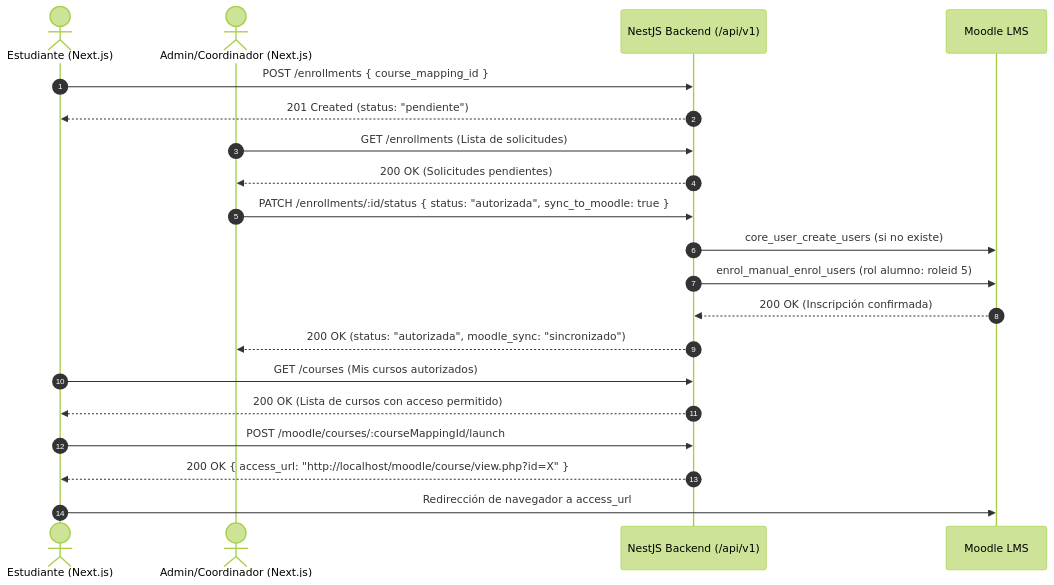
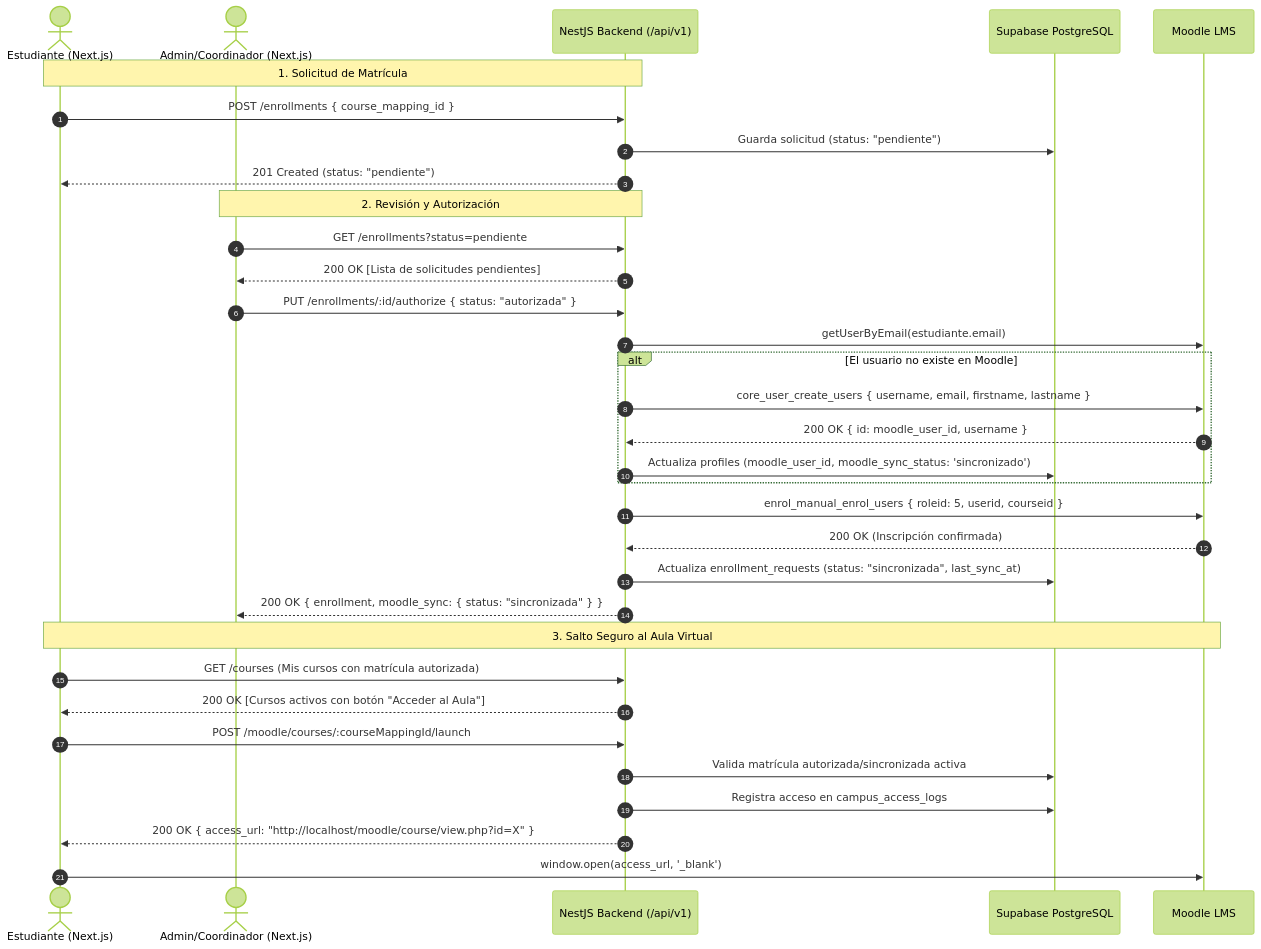
The second of 2 diagrams in docs/frontend-integration-guide.md (AramRivera/iinicia-portal), drawn with Mermaid (forest theme) before and after one commit. The commit also changed other lines of this file, not shown here.

Commit message:
docs(frontend): detallar arquitectura y flujo de integracion Frontend-API-Moodle con ejemplos de React

````diff
--- a/docs/frontend-integration-guide.md
+++ b/docs/frontend-integration-guide.md
@@ -177,27 +222,40 @@
 ```mermaid
 sequenceDiagram
     autonumber
     actor Estudiante as Estudiante (Next.js)
     actor Admin as Admin/Coordinador (Next.js)
     participant API as NestJS Backend (/api/v1)
+    participant DB as Supabase PostgreSQL
     participant Moodle as Moodle LMS
 
+    Note over Estudiante,API: 1. Solicitud de Matrícula
     Estudiante->>API: POST /enrollments { course_mapping_id }
+    API->>DB: Guarda solicitud (status: "pendiente")
     API-->>Estudiante: 201 Created (status: "pendiente")
     
-    Admin->>API: GET /enrollments (Lista de solicitudes)
-    API-->>Admin: 200 OK (Solicitudes pendientes)
+    Note over Admin,API: 2. Revisión y Autorización
+    Admin->>API: GET /enrollments?status=pendiente
+    API-->>Admin: 200 OK [Lista de solicitudes pendientes]
     
-    Admin->>API: PATCH /enrollments/:id/status { status: "autorizada", sync_to_moodle: true }
-    API->>Moodle: core_user_create_users (si no existe)
-    API->>Moodle: enrol_manual_enrol_users (rol alumno: roleid 5)
+    Admin->>API: PUT /enrollments/:id/authorize { status: "autorizada" }
+    API->>Moodle: getUserByEmail(estudiante.email)
+    alt El usuario no existe en Moodle
+        API->>Moodle: core_user_create_users { username, email, firstname, lastname }
+        Moodle-->>API: 200 OK { id: moodle_user_id, username }
+        API->>DB: Actualiza profiles (moodle_user_id, moodle_sync_status: 'sincronizado')
+    end
+    API->>Moodle: enrol_manual_enrol_users { roleid: 5, userid, courseid }
     Moodle-->>API: 200 OK (Inscripción confirmada)
-    API-->>Admin: 200 OK (status: "autorizada", moodle_sync: "sincronizado")
+    API->>DB: Actualiza enrollment_requests (status: "sincronizada", last_sync_at)
+    API-->>Admin: 200 OK { enrollment, moodle_sync: { status: "sincronizada" } }
     
-    Estudiante->>API: GET /courses (Mis cursos autorizados)
-    API-->>Estudiante: 200 OK (Lista de cursos con acceso permitido)
+    Note over Estudiante,Moodle: 3. Salto Seguro al Aula Virtual
+    Estudiante->>API: GET /courses (Mis cursos con matrícula autorizada)
+    API-->>Estudiante: 200 OK [Cursos activos con botón "Acceder al Aula"]
     
     Estudiante->>API: POST /moodle/courses/:courseMappingId/launch
+    API->>DB: Valida matrícula autorizada/sincronizada activa
+    API->>DB: Registra acceso en campus_access_logs
     API-->>Estudiante: 200 OK { access_url: "http://localhost/moodle/course/view.php?id=X" }
-    Estudiante->>Moodle: Redirección de navegador a access_url
+    Estudiante->>Moodle: window.open(access_url, '_blank')
 ```
````
